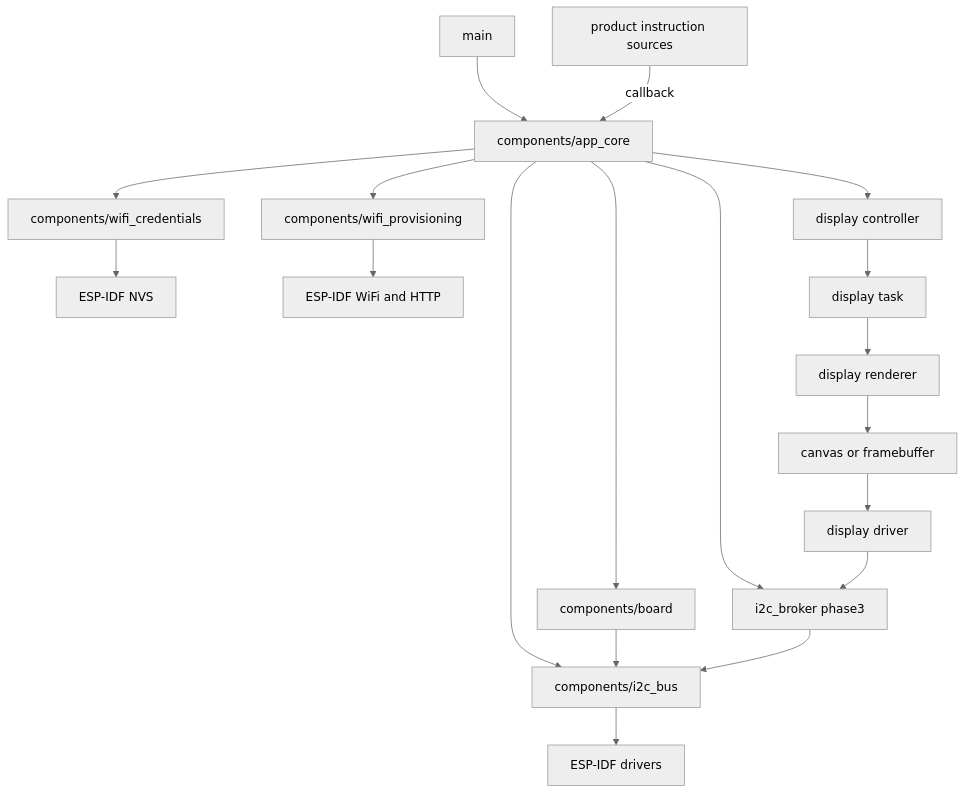
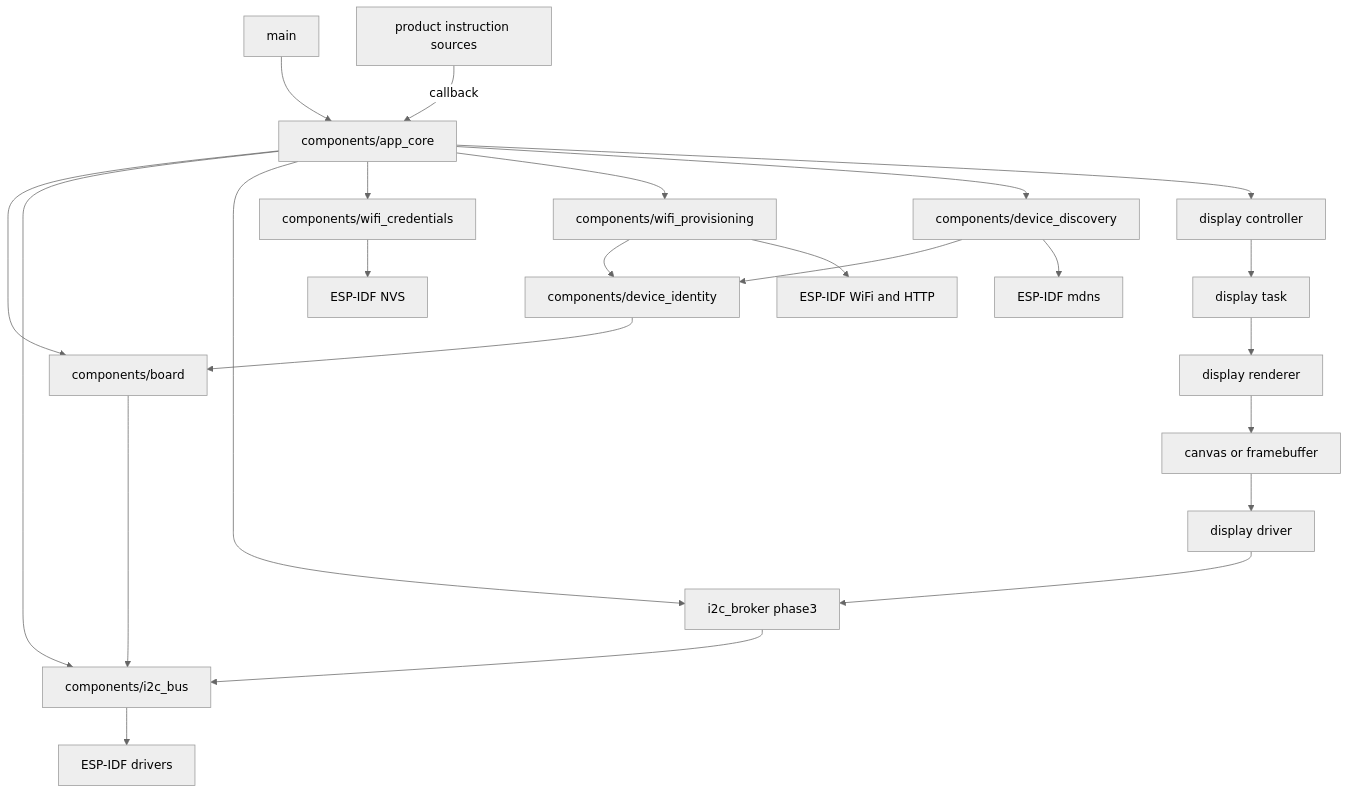
Before and after one commit to galopago/misistemhil: the diagram in b-hil-boards/b06_hil/firmware/docs/architecture.md, drawn with Mermaid (neutral theme). The commit also changed other lines of this file and 24 other files, not shown here.

First line of the commit message:
feat(b06_hil): add mDNS discovery, provisioning failure UX, and WiFi docs

````diff
--- a/b-hil-boards/b06_hil/firmware/docs/architecture.md
+++ b/b-hil-boards/b06_hil/firmware/docs/architecture.md
@@ -27,21 +30,26 @@
 ```mermaid
 flowchart TD
     AppMain["main"] --> AppCore["components/app_core"]
     InstructionSource["product instruction sources"] -->|"callback"| AppCore
     AppCore --> Board["components/board"]
     AppCore --> I2cBus["components/i2c_bus"]
     AppCore --> I2cBroker["i2c_broker phase3"]
     AppCore --> WifiCredentials["components/wifi_credentials"]
     AppCore --> WifiProvisioning["components/wifi_provisioning"]
+    AppCore --> DeviceDiscovery["components/device_discovery"]
+    DeviceDiscovery --> DeviceIdentity["components/device_identity"]
+    DeviceDiscovery --> EspMdns["ESP-IDF mdns"]
+    DeviceIdentity --> Board
+    WifiProvisioning --> DeviceIdentity
     AppCore --> DisplayController["display controller"]
     WifiCredentials --> Nvs["ESP-IDF NVS"]
     WifiProvisioning --> EspWifi["ESP-IDF WiFi and HTTP"]
     Board --> I2cBus
     DisplayController --> DisplayTask["display task"]
     DisplayTask --> DisplayRenderer["display renderer"]
     DisplayRenderer --> DisplayCanvas["canvas or framebuffer"]
     DisplayCanvas --> DisplayDriver["display driver"]
     DisplayDriver --> I2cBroker
     I2cBroker --> I2cBus
     I2cBus --> EspIdf[ESP-IDF drivers]
 ```
````
